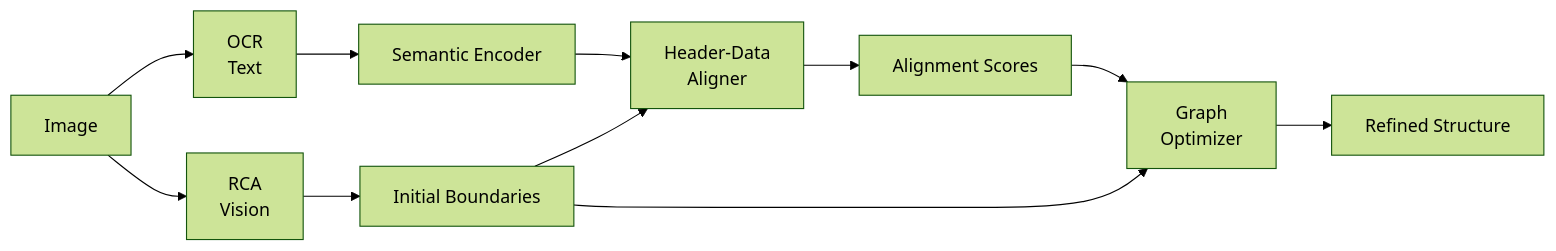
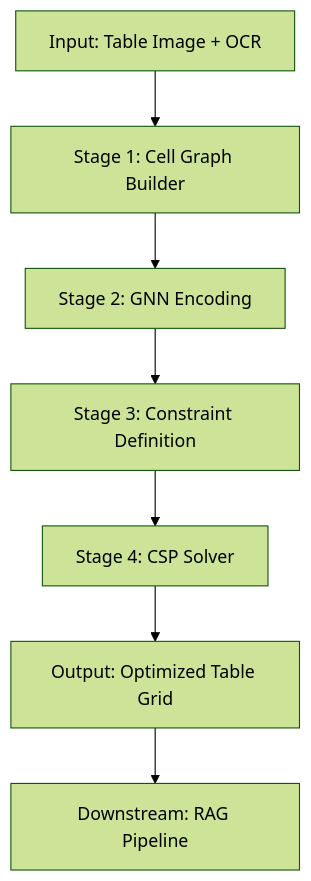
Before and after one commit to Jax0303/t1: the diagram in README.md, drawn with Mermaid (forest theme). The commit also changed other lines of this file and 10 other files, not shown here.

Commit message:
feat: implement GNN-CSP Neurosymbolic TSR architecture

````diff
--- a/README.md
+++ b/README.md
@@ -26,13 +25,9 @@
 ```mermaid
-graph LR
-    A[Image] --> B[RCA<br/>Vision]
-    A --> C[OCR<br/>Text]
-    B --> D[Initial Boundaries]
-    C --> E[Semantic Encoder]
-    E --> F[Header-Data<br/>Aligner]
-    D --> F
-    F --> G[Alignment Scores]
-    G --> H[Graph<br/>Optimizer]
-    D --> H
-    H --> I[Refined Structure]
+graph TD
+    A[Input: Table Image + OCR] --> B[Stage 1: Cell Graph Builder]
+    B --> C[Stage 2: GNN Encoding]
+    C --> D[Stage 3: Constraint Definition]
+    D --> E[Stage 4: CSP Solver]
+    E --> F[Output: Optimized Table Grid]
+    F --> G[Downstream: RAG Pipeline]
 ```
````
